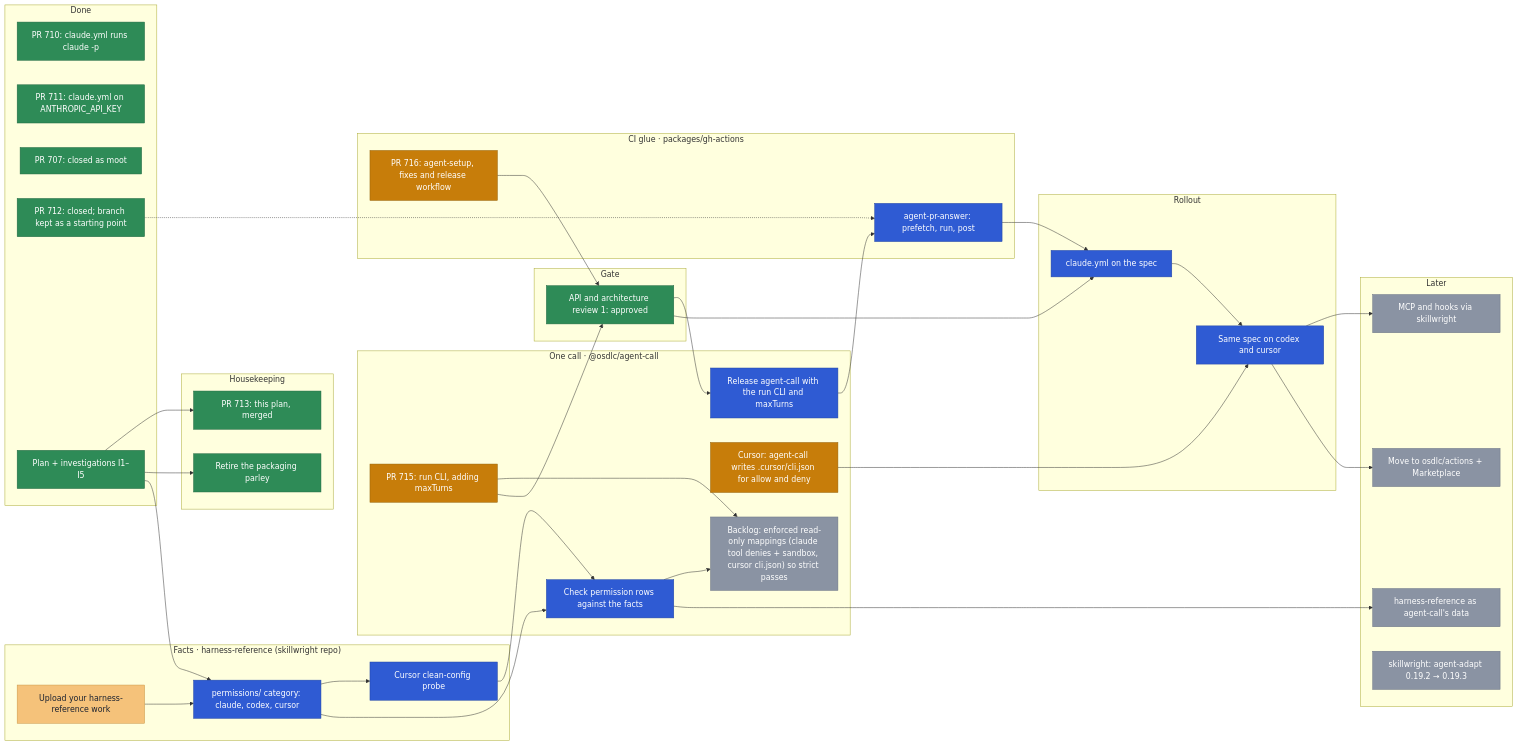
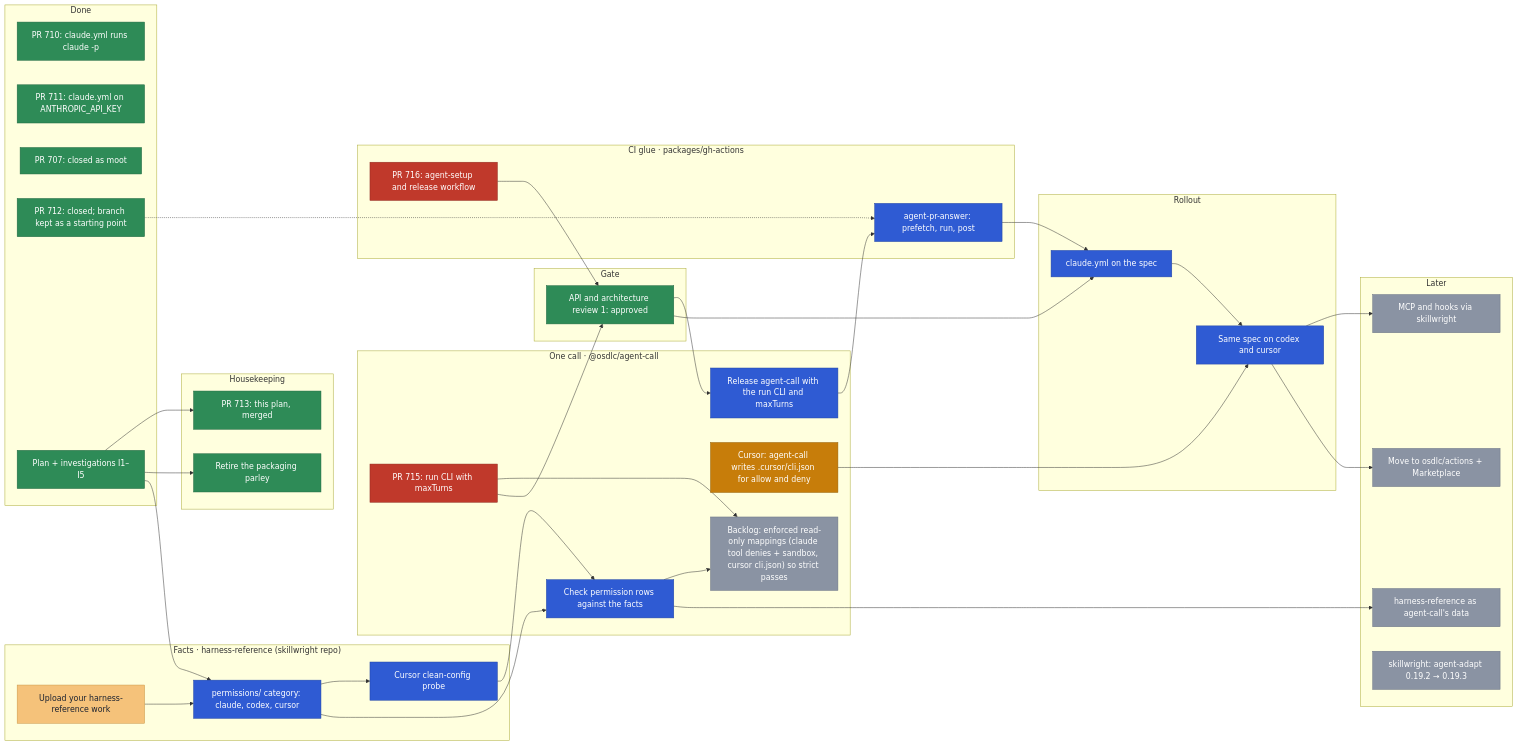
Before and after one commit to osdlc/osdlc: the diagram in docs/planning/agent-ci.md, drawn with Mermaid. The commit also changed other lines of this file, not shown here.

Commit message:
docs(planning): PRs 715 and 716 wait on review

````diff
--- a/docs/planning/agent-ci.md
+++ b/docs/planning/agent-ci.md
@@ -39,81 +39,81 @@
 ```mermaid
 flowchart LR
   subgraph done["Done"]
     W710["PR 710: claude.yml runs claude -p"]
     P711["PR 711: claude.yml on ANTHROPIC_API_KEY"]
     P707["PR 707: closed as moot"]
     P712["PR 712: closed; branch kept as a starting point"]
     PLAN["Plan + investigations I1–I5"]
   end
   subgraph house["Housekeeping"]
     PLANPR["PR 713: this plan, merged"]
     PARLEY["Retire the packaging parley"]
   end
   subgraph facts["Facts · harness-reference (skillwright repo)"]
     UP["Upload your harness-reference work"]
     PERM["permissions/ category: claude, codex, cursor"]
     PROBE["Cursor clean-config probe"]
   end
   subgraph call["One call · @osdlc/agent-call"]
-    RUN["PR 715: run CLI, adding maxTurns"]
+    RUN["PR 715: run CLI with maxTurns"]
     CHECK["Check permission rows against the facts"]
     STRICT["Backlog: enforced read-only mappings (claude tool denies + sandbox, cursor cli.json) so strict passes"]
     CUR["Cursor: agent-call writes .cursor/cli.json for allow and deny"]
     REL["Release agent-call with the run CLI and maxTurns"]
   end
   subgraph gate["Gate"]
     ARCH["API and architecture review 1: approved"]
   end
   subgraph acts["CI glue · packages/gh-actions"]
-    SETUP["PR 716: agent-setup, fixes and release workflow"]
+    SETUP["PR 716: agent-setup and release workflow"]
     ANS["agent-pr-answer: prefetch, run, post"]
   end
   subgraph roll["Rollout"]
     SPEC["claude.yml on the spec"]
     MULTI["Same spec on codex and cursor"]
   end
   subgraph later["Later"]
     MCP["MCP and hooks via skillwright"]
     PUB["Move to osdlc/actions + Marketplace"]
     DATA["harness-reference as agent-call's data"]
     PIN["skillwright: agent-adapt 0.19.2 → 0.19.3"]
   end
 
   PLAN --> PLANPR
   PLAN --> PARLEY
   UP --> PERM
   PLAN --> PERM
   PERM --> PROBE
   PERM --> CHECK
   CHECK --> STRICT
   RUN --> STRICT
   PROBE --> CHECK
   P712 -.-> ANS
   RUN --> ARCH
   SETUP --> ARCH
   ARCH --> REL
   REL --> ANS
   ARCH --> SPEC
   ANS --> SPEC
   SPEC --> MULTI
   CUR --> MULTI
   MULTI --> MCP
   MULTI --> PUB
   CHECK --> DATA
 
   classDef done fill:#2e8b57,stroke:#1f6640,color:#ffffff
   classDef review fill:#0f8a8a,stroke:#0a6666,color:#ffffff
   classDef ready fill:#7a4fc2,stroke:#5a3596,color:#ffffff
   classDef blocked fill:#c0392b,stroke:#8e2a20,color:#ffffff
   classDef external fill:#e88fb4,stroke:#b8628a,color:#1b2230
   classDef active fill:#c77d0a,stroke:#94600a,color:#ffffff
   classDef yours fill:#f5c27a,stroke:#c99545,color:#1b2230
   classDef next fill:#2f5bd3,stroke:#2144a3,color:#ffffff
   classDef later fill:#8a93a3,stroke:#6b7384,color:#ffffff
   class W710,P711,P707,P712,PLAN,PARLEY,PLANPR,ARCH done
   class UP yours
-  class RUN,SETUP active
+  class RUN,SETUP blocked
   class PERM,PROBE,CHECK,REL,ANS,SPEC,MULTI next
   class CUR active
   class MCP,PUB,DATA,PIN,STRICT later
 ```
````
